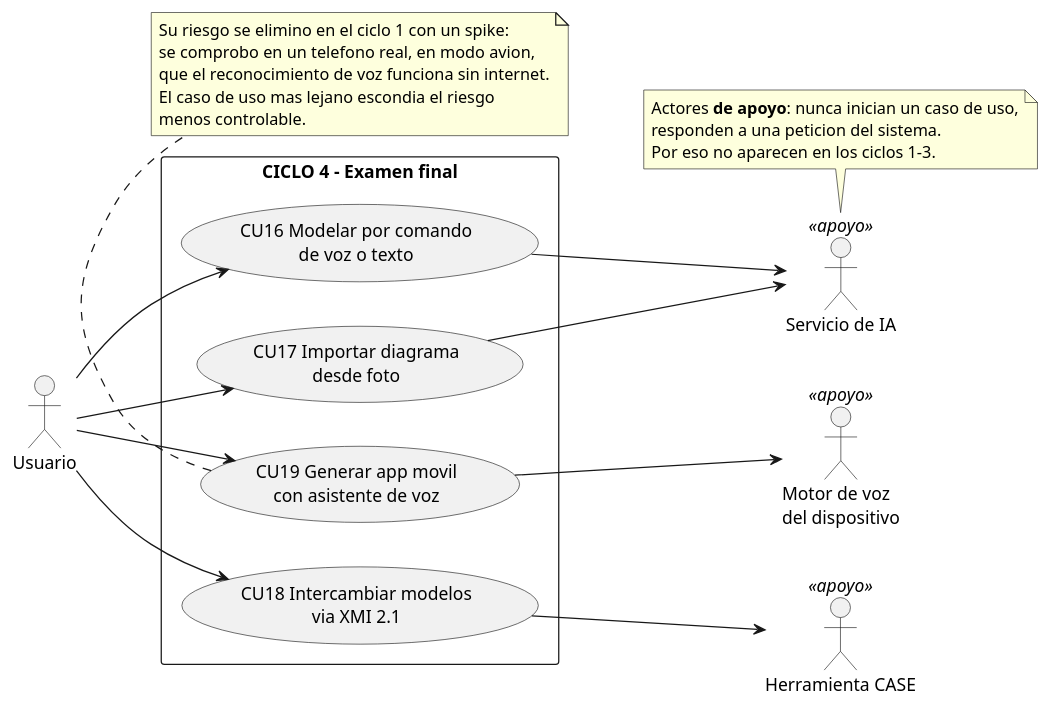
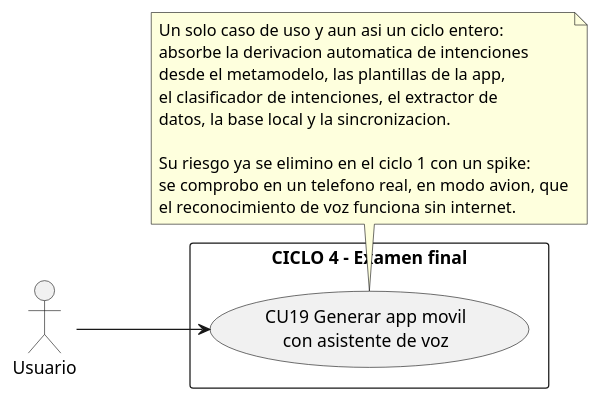
One commit to daniel-ol5/diagramacolaborativo changed the diagram in docs/puds/diagramas/casos-de-uso-ciclo4.puml. Above: the diagram before and after it, drawn with PlantUML. The commit also changed 4 other files, not shown here.

```diff
--- a/docs/puds/diagramas/casos-de-uso-ciclo4.puml
+++ b/docs/puds/diagramas/casos-de-uso-ciclo4.puml
@@ -1,39 +1,24 @@
 @startuml casos-de-uso-ciclo4
-' CICLO 4 - Fuera del parcial (examen final)
+' CICLO 4 - Examen final
 left to right direction
 
 actor "Usuario" as U
-actor "Servicio de IA" as G <<apoyo>>
-actor "Herramienta CASE" as EA <<apoyo>>
-actor "Motor de voz\ndel dispositivo" as STT <<apoyo>>
 
 rectangle "CICLO 4 - Examen final" {
-  usecase "CU16 Modelar por comando\nde voz o texto" as CU16
-  usecase "CU17 Importar diagrama\ndesde foto" as CU17
-  usecase "CU18 Intercambiar modelos\nvia XMI 2.1" as CU18
   usecase "CU19 Generar app movil\ncon asistente de voz" as CU19
 }
 
-U --> CU16
-U --> CU17
-U --> CU18
 U --> CU19
-CU16 --> G
-CU17 --> G
-CU18 --> EA
-CU19 --> STT
 
 note bottom of CU19
-  Su riesgo se elimino en el ciclo 1 con un spike:
-  se comprobo en un telefono real, en modo avion,
-  que el reconocimiento de voz funciona sin internet.
-  El caso de uso mas lejano escondia el riesgo
-  menos controlable.
-end note
+  Un solo caso de uso y aun asi un ciclo entero:
+  absorbe la derivacion automatica de intenciones
+  desde el metamodelo, las plantillas de la app,
+  el clasificador de intenciones, el extractor de
+  datos, la base local y la sincronizacion.
 
-note top of G
-  Actores **de apoyo**: nunca inician un caso de uso,
-  responden a una peticion del sistema.
-  Por eso no aparecen en los ciclos 1-3.
+  Su riesgo ya se elimino en el ciclo 1 con un spike:
+  se comprobo en un telefono real, en modo avion, que
+  el reconocimiento de voz funciona sin internet.
 end note
 @enduml
```
